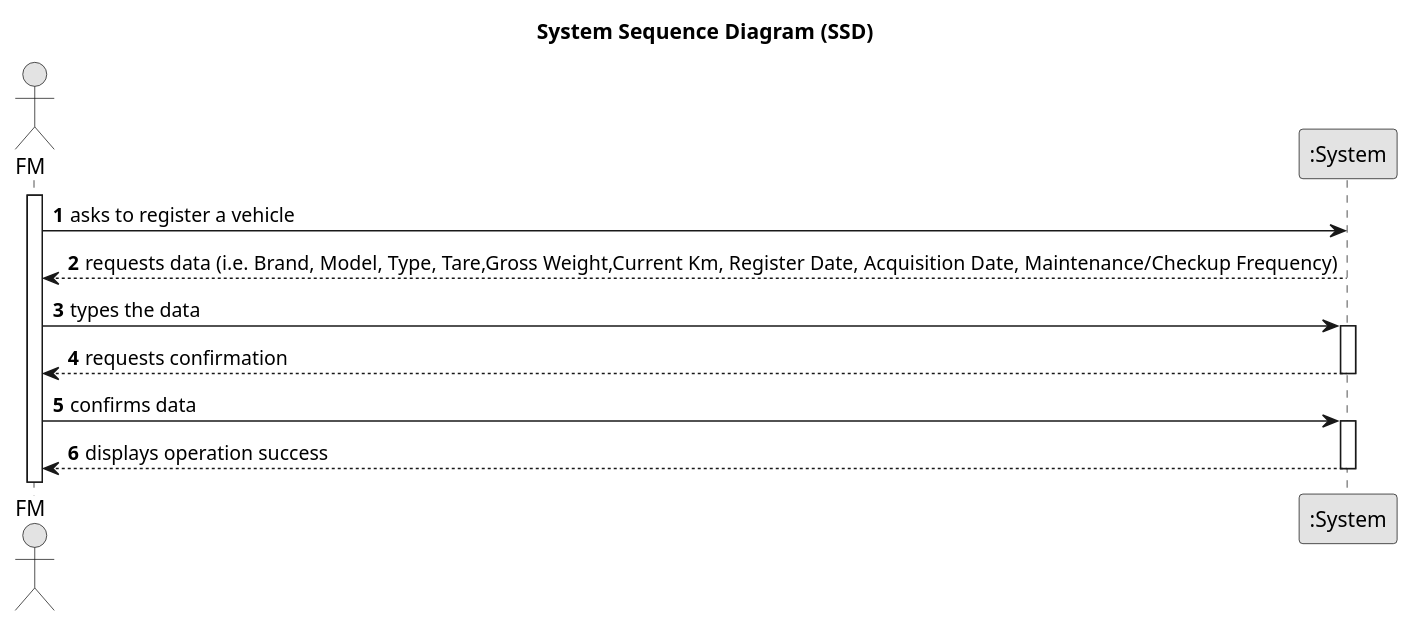
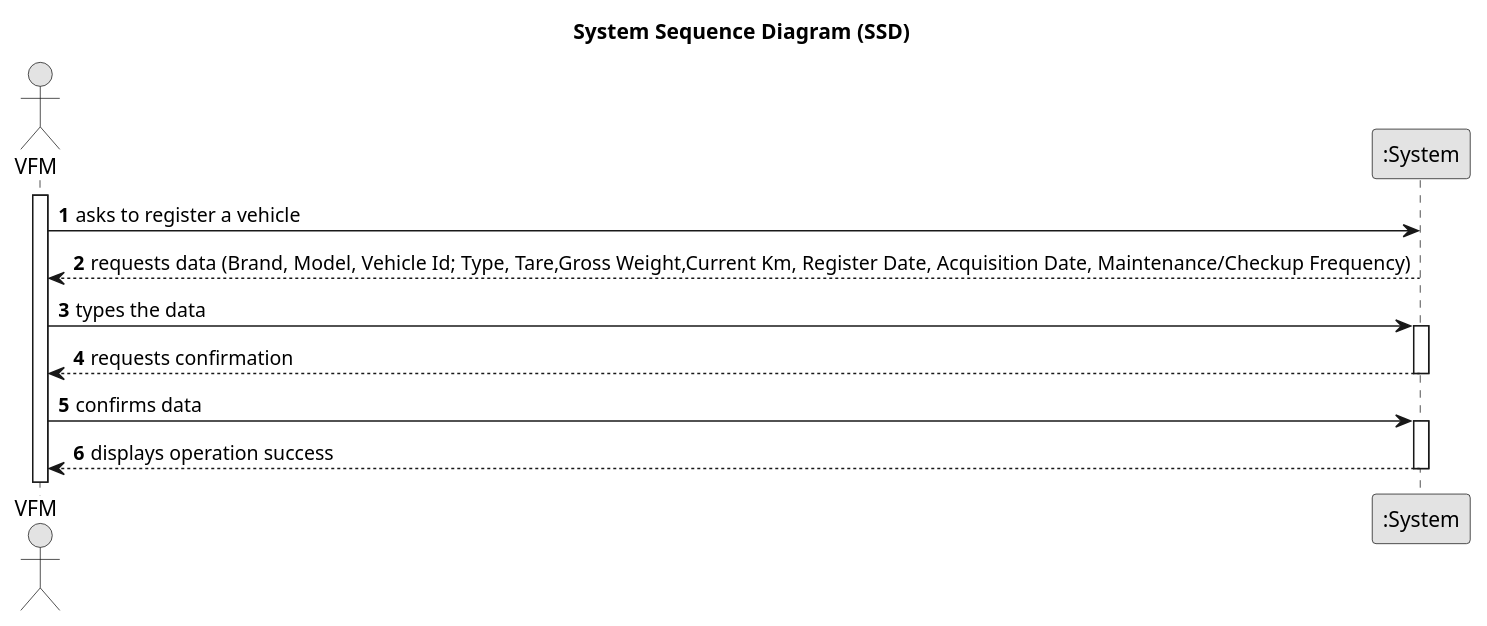
One commit to Departamento-de-Engenharia-Informatica/lei-24-s2-1do-g164 changed the diagram in docs/sprintA/us006/01.requirements-engineering/puml/us006-system-sequence-diagram-alternative-one.puml. Above: the diagram before and after it, drawn with PlantUML. The commit also changed 6 other files, not shown here.

```diff
--- a/docs/sprintA/us006/01.requirements-engineering/puml/us006-system-sequence-diagram-alternative-one.puml
+++ b/docs/sprintA/us006/01.requirements-engineering/puml/us006-system-sequence-diagram-alternative-one.puml
@@ -1,33 +1,33 @@
 @startuml
 skinparam monochrome true
 skinparam packageStyle rectangle
 skinparam shadowing false
 
 title System Sequence Diagram (SSD)
 
 autonumber
 
-actor "FM" as Employee
+actor "VFM" as Employee
 participant ":System" as System
 
 activate Employee
 
     Employee -> System : asks to register a vehicle
 
 
-        System --> Employee : requests data (i.e. Brand, Model, Type, Tare,Gross Weight,Current Km, Register Date, Acquisition Date, Maintenance/Checkup Frequency)
+        System --> Employee : requests data (Brand, Model, Vehicle Id; Type, Tare,Gross Weight,Current Km, Register Date, Acquisition Date, Maintenance/Checkup Frequency)
     deactivate System
 
     Employee -> System : types the data
     activate System
 
         System --> Employee : requests confirmation
     deactivate System
 
     Employee -> System : confirms data
     activate System
 
         System --> Employee : displays operation success
     deactivate System
 
 @enduml
```
